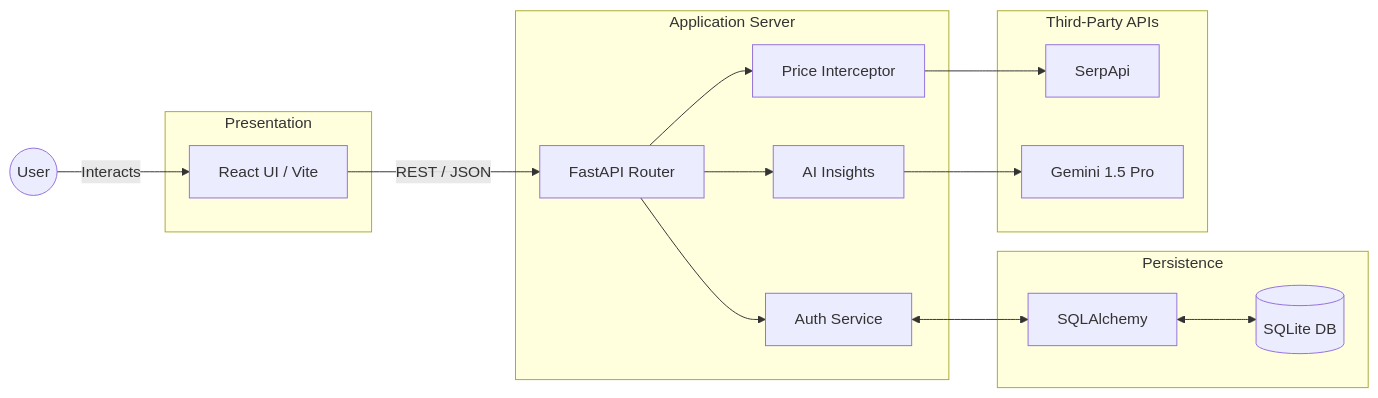
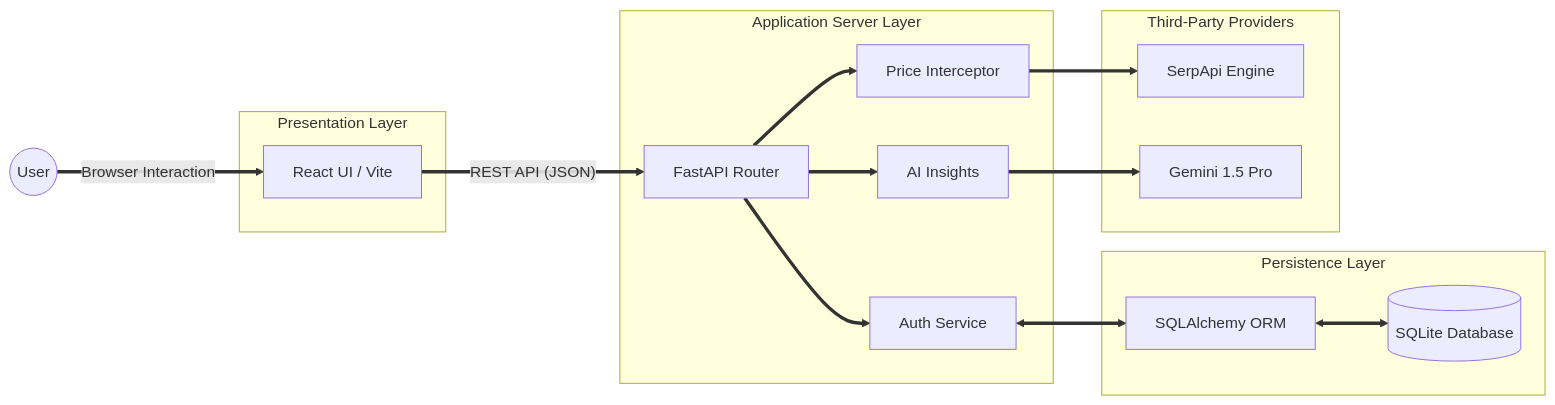
One commit to SriVigneswaran7/Honey-Hive changed the first of 3 diagrams in SystemModelling.md. Above: the diagram before and after it, drawn with Mermaid. The commit also changed other lines of this file, not shown here.

Commit message:
Enhance UML diagrams and improve descriptions
Updated UML diagrams and descriptions for clarity and readability.

````diff
--- a/SystemModelling.md
+++ b/SystemModelling.md
@@ -17,39 +17,40 @@
 ```mermaid
 graph LR
-    %% Clean structural layout without overriding native GitHub themes
+    %% Structural layout relying on native GitHub themes for perfect readability
     U((User))
 
-    subgraph Presentation
-        FE[React UI / Vite]
+    subgraph Presentation Layer
+        FE["React UI / Vite"]
     end
 
-    subgraph Application Server
-        API[FastAPI Router]
-        Auth[Auth Service]
-        Search[Price Interceptor]
-        AI[AI Insights]
+    subgraph Application Server Layer
+        API["FastAPI Router"]
+        Auth["Auth Service"]
+        Search["Price Interceptor"]
+        AI["AI Insights"]
         
-        API --> Auth
-        API --> Search
-        API --> AI
+        %% Thick internal routing lines for visual clarity
+        API ==> Auth
+        API ==> Search
+        API ==> AI
     end
 
-    subgraph Persistence
-        ORM[SQLAlchemy]
-        DB[(SQLite DB)]
+    subgraph Persistence Layer
+        ORM["SQLAlchemy ORM"]
+        DB[("SQLite Database")]
         
-        ORM <--> DB
+        ORM <==> DB
     end
 
-    subgraph Third-Party APIs
-        Serp[SerpApi]
-        Gemini[Gemini 1.5 Pro]
+    subgraph Third-Party Providers
+        Serp["SerpApi Engine"]
+        Gemini["Gemini 1.5 Pro"]
     end
 
-    %% Flow interactions
-    U -- "Interacts" --> FE
-    FE -- "REST / JSON" --> API
-    Auth <--> ORM
-    Search --> Serp
-    AI --> Gemini
+    %% Thick, clear arrows for major data flow
+    U == "Browser Interaction" ==> FE
+    FE == "REST API (JSON)" ==> API
+    Auth <==> ORM
+    Search ==> Serp
+    AI ==> Gemini
 ```
````
